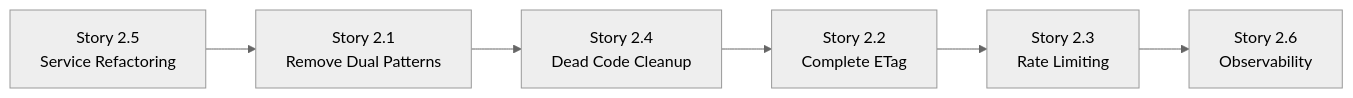
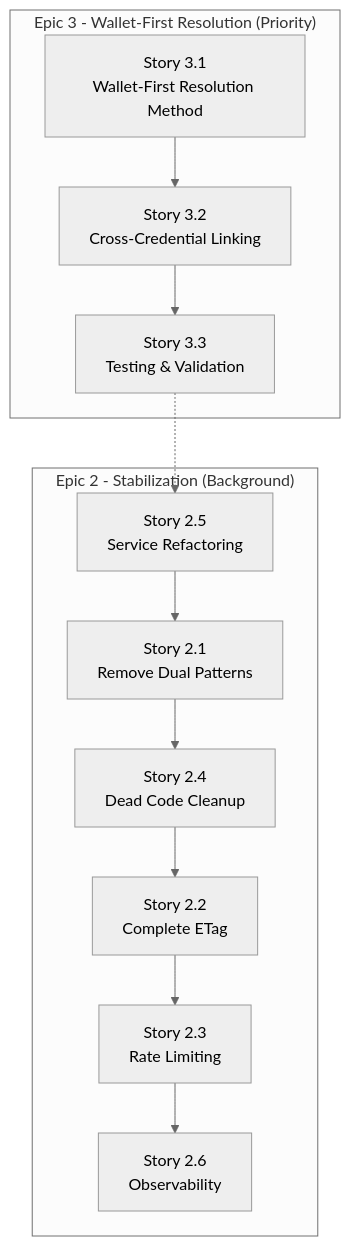
The fifth of 5 diagrams in Docs/BMAD/architecture.md (valentynkt/Axon-Backend-Github), drawn with Mermaid (neutral theme) before and after one commit. The commit also changed other lines of this file and 10 other files, not shown here.

````diff
--- a/Docs/BMAD/architecture.md
+++ b/Docs/BMAD/architecture.md
@@ -1068,8 +1124,21 @@
 ```mermaid
-graph LR
-    A[Story 2.5<br/>Service Refactoring] --> B[Story 2.1<br/>Remove Dual Patterns]
-    B --> C[Story 2.4<br/>Dead Code Cleanup]
-    C --> D[Story 2.2<br/>Complete ETag]
-    D --> E[Story 2.3<br/>Rate Limiting]
-    E --> F[Story 2.6<br/>Observability]
+graph TB
+    subgraph "Epic 3 - Wallet-First Resolution (Priority)"
+        A3[Story 3.1<br/>Wallet-First Resolution Method]
+        B3[Story 3.2<br/>Cross-Credential Linking]
+        C3[Story 3.3<br/>Testing & Validation]
+        A3 --> B3 --> C3
+    end
+
+    subgraph "Epic 2 - Stabilization (Background)"
+        A2[Story 2.5<br/>Service Refactoring]
+        B2[Story 2.1<br/>Remove Dual Patterns]
+        C2[Story 2.4<br/>Dead Code Cleanup]
+        D2[Story 2.2<br/>Complete ETag]
+        E2[Story 2.3<br/>Rate Limiting]
+        F2[Story 2.6<br/>Observability]
+        A2 --> B2 --> C2 --> D2 --> E2 --> F2
+    end
+
+    C3 -.-> A2
 ```
````
